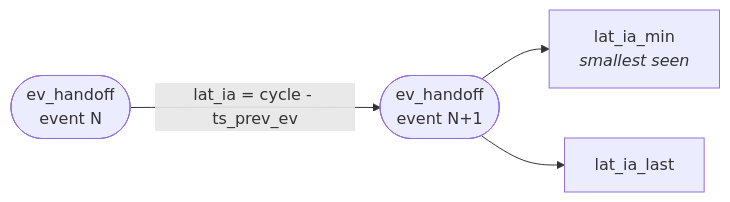
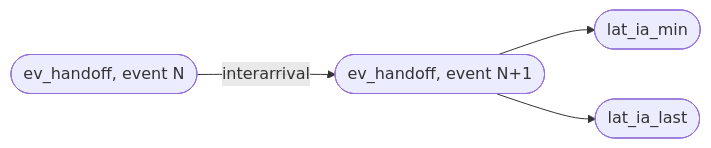
The fifth of 6 diagrams in docs/diagrams/latency_probe.md (Rushmello369/fpga-feed-handler), drawn with Mermaid before and after one commit. The commit also changed other lines of this file and 12 other files, not shown here.

Commit message:
add diagrams for system and module architectures

````diff
--- a/docs/diagrams/latency_probe.md
+++ b/docs/diagrams/latency_probe.md
@@ -116,6 +84,6 @@
 ```mermaid
 flowchart LR
-    E1(["ev_handoff<br/>event N"]) -->|"lat_ia = cycle - ts_prev_ev"| E2(["ev_handoff<br/>event N+1"])
-    E2 --> MIN["lat_ia_min<br/><i>smallest seen</i>"]
-    E2 --> LAST["lat_ia_last"]
+    E1([ev_handoff, event N]) -->|interarrival| E2([ev_handoff, event N+1])
+    E2 --> MIN([lat_ia_min])
+    E2 --> LAST([lat_ia_last])
 ```
````
